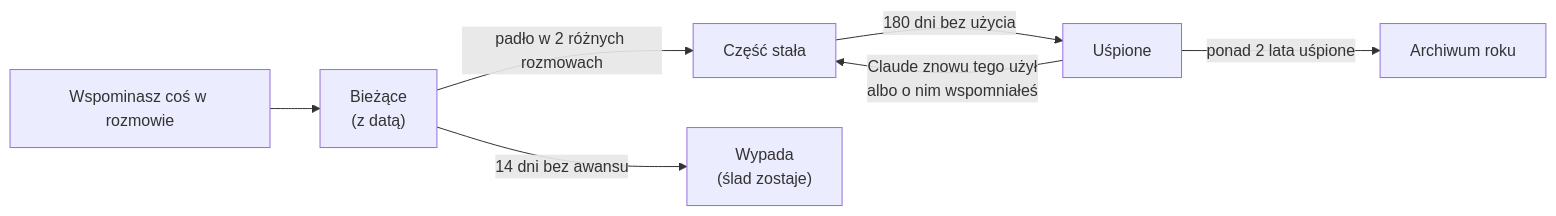
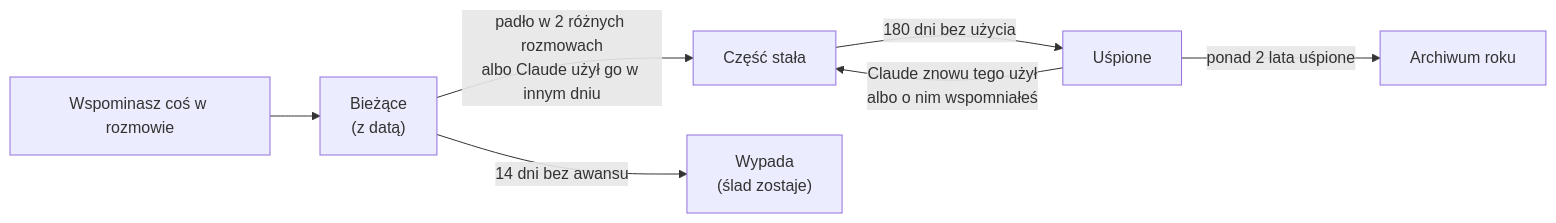
Before and after one commit to Primo2966/MegaRuchacz: the diagram in README.md, drawn with Mermaid. The commit also changed other lines of this file and 10 other files, not shown here.

````diff
--- a/README.md
+++ b/README.md
@@ -60,9 +60,9 @@
 ```mermaid
 flowchart LR
     A["Wspominasz coś w rozmowie"] --> B["Bieżące<br/>(z datą)"]
-    B -- "padło w 2 różnych rozmowach" --> C["Część stała"]
+    B -- "padło w 2 różnych rozmowach<br/>albo Claude użył go w innym dniu" --> C["Część stała"]
     B -- "14 dni bez awansu" --> X["Wypada<br/>(ślad zostaje)"]
     C -- "180 dni bez użycia" --> D["Uśpione"]
     D -- "Claude znowu tego użył<br/>albo o nim wspomniałeś" --> C
     D -- "ponad 2 lata uśpione" --> E["Archiwum roku"]
 ```
````
